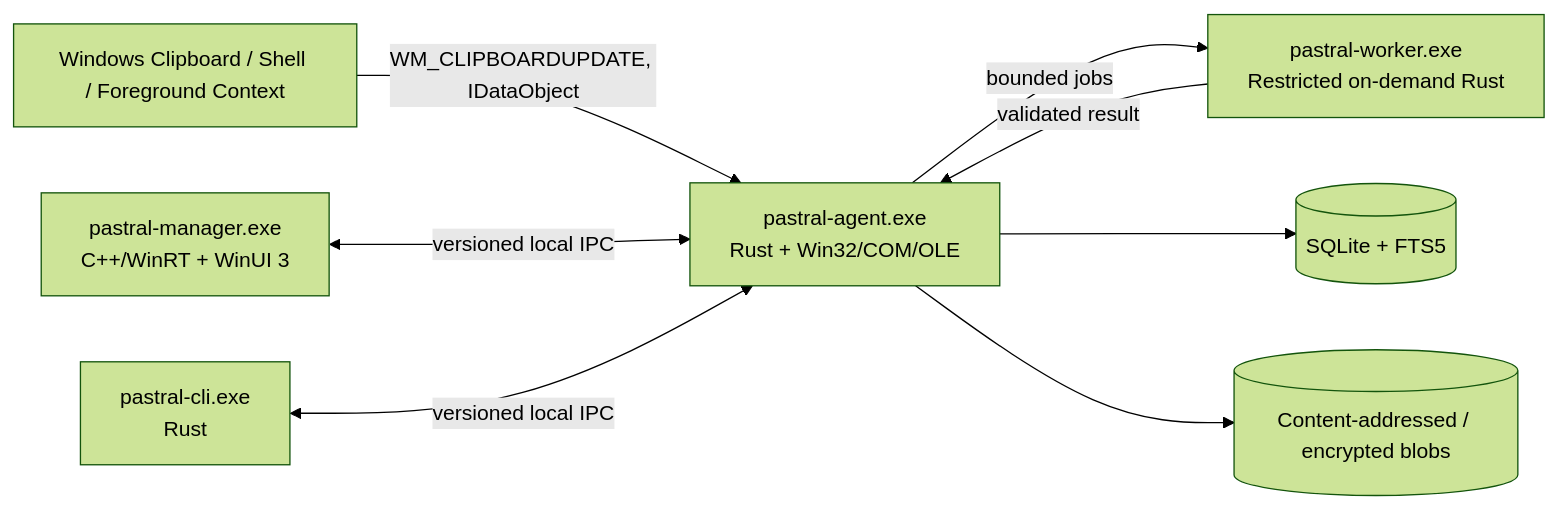
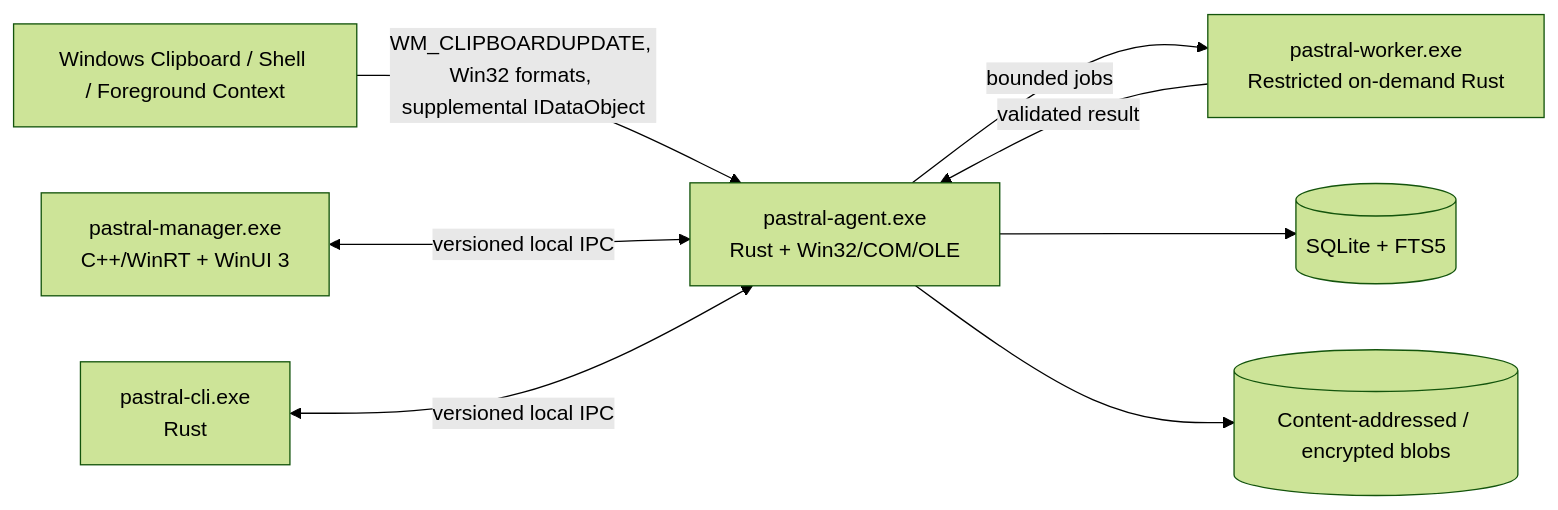
One commit to KanzuXHorizon/Pastral changed the diagram in docs/architecture/overview.md. Above: the diagram before and after it, drawn with Mermaid (forest theme). The commit also changed other lines of this file and 50 other files, not shown here.

Commit message:
docs: harden Pastral architecture assumptions

````diff
--- a/docs/architecture/overview.md
+++ b/docs/architecture/overview.md
@@ -7,18 +7,18 @@
 ```mermaid
 flowchart LR
     Windows[Windows Clipboard / Shell / Foreground Context]
     Agent[pastral-agent.exe\nRust + Win32/COM/OLE]
     Worker[pastral-worker.exe\nRestricted on-demand Rust]
     Manager[pastral-manager.exe\nC++/WinRT + WinUI 3]
     CLI[pastral-cli.exe\nRust]
     DB[(SQLite + FTS5)]
     Blobs[(Content-addressed / encrypted blobs)]
 
-    Windows -->|WM_CLIPBOARDUPDATE, IDataObject| Agent
+    Windows -->|WM_CLIPBOARDUPDATE, Win32 formats, supplemental IDataObject| Agent
     Agent -->|bounded jobs| Worker
     Worker -->|validated result| Agent
     Manager <-->|versioned local IPC| Agent
     CLI <-->|versioned local IPC| Agent
     Agent --> DB
     Agent --> Blobs
 ```
````
